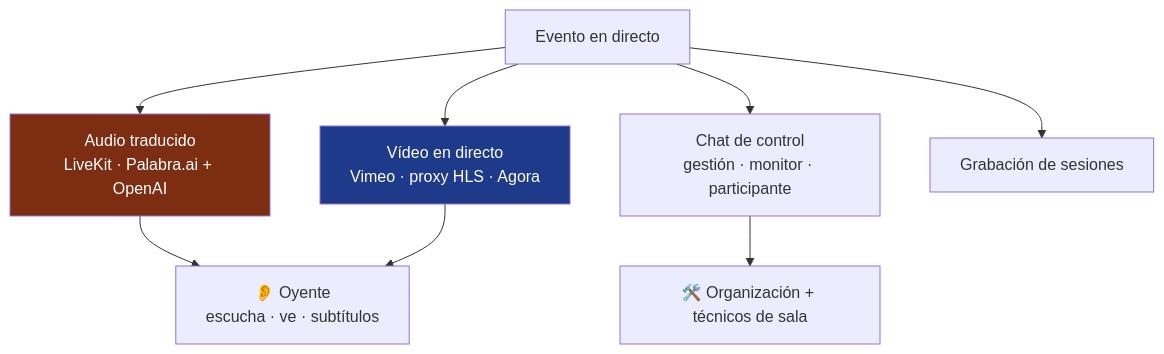
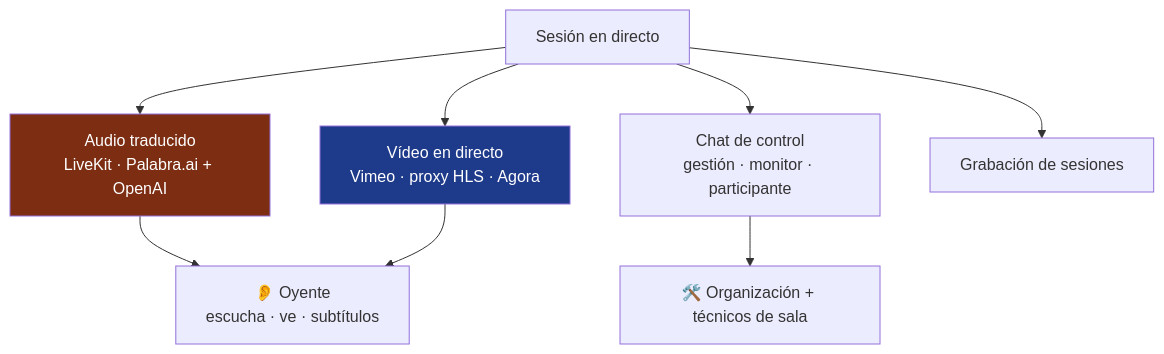
The second of 2 diagrams in projects/audionow.es.md (aleglope/production-systems-case-studies), drawn with Mermaid before and after one commit. The commit also changed other lines of this file and 27 other files, not shown here.

````diff
--- a/projects/audionow.es.md
+++ b/projects/audionow.es.md
@@ -50,13 +50,13 @@
 ```mermaid
 flowchart TB
-    EV["Evento en directo"] --> AUD["Audio traducido<br/>LiveKit · Palabra.ai + OpenAI"]
+    EV["Sesión en directo"] --> AUD["Audio traducido<br/>LiveKit · Palabra.ai + OpenAI"]
     EV --> VID["Vídeo en directo<br/>Vimeo · proxy HLS · Agora"]
     EV --> CHAT["Chat de control<br/>gestión · monitor · participante"]
     EV --> REC["Grabación de sesiones"]
     AUD --> LIST["👂 Oyente<br/>escucha · ve · subtítulos"]
     VID --> LIST
     CHAT --> ORG["🛠️ Organización + técnicos de sala"]
 
     style AUD fill:#7c2d12,color:#fff
     style VID fill:#1e3a8a,color:#fff
 ```
````
